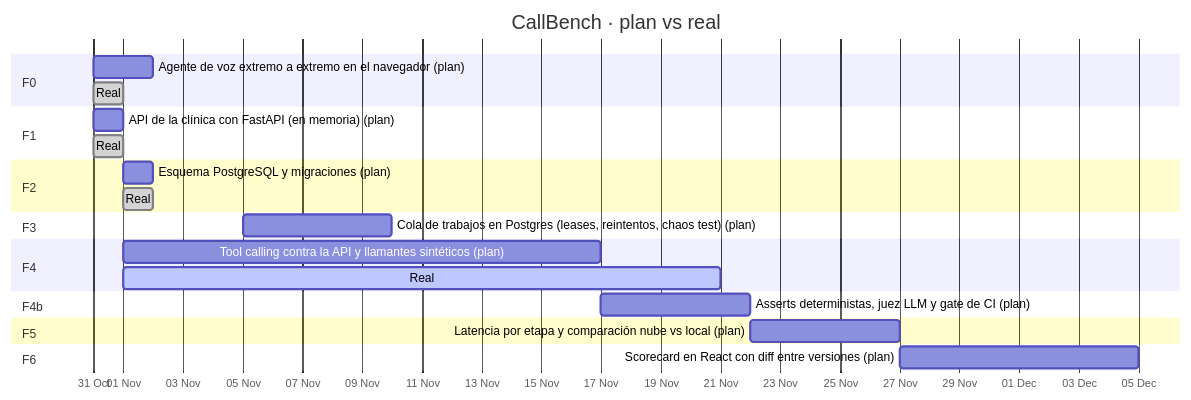
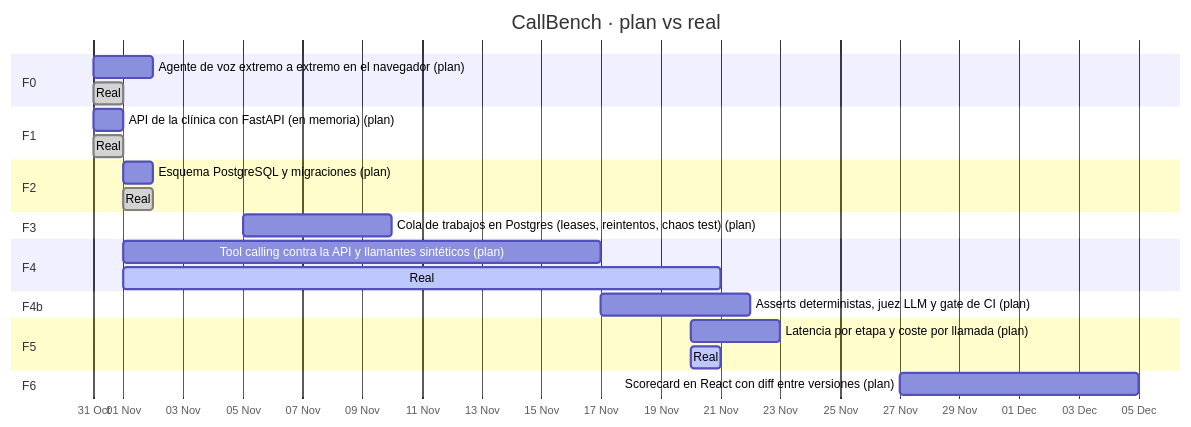
Before and after one commit to gabrielespelleta94/callbench: the diagram in docs/bitacora/GANTT.md, drawn with Mermaid. The commit also changed other lines of this file and 14 other files, not shown here.

````diff
--- a/docs/bitacora/GANTT.md
+++ b/docs/bitacora/GANTT.md
@@ -9,27 +9,28 @@
 ```mermaid
 gantt
     title CallBench · plan vs real
     dateFormat YYYY-MM-DD
     axisFormat %d %b
     todayMarker on
     section F0
     Agente de voz extremo a extremo en el navegador (plan) :F0p, 2026-10-31, 2026-11-02
     Real :done, F0r, 2026-10-31, 2026-11-01
     section F1
     API de la clínica con FastAPI (en memoria) (plan) :F1p, 2026-10-31, 2026-11-01
     Real :done, F1r, 2026-10-31, 2026-11-01
     section F2
     Esquema PostgreSQL y migraciones (plan) :F2p, 2026-11-01, 2026-11-02
     Real :done, F2r, 2026-11-01, 2026-11-02
     section F3
     Cola de trabajos en Postgres (leases, reintentos, chaos test) (plan) :F3p, 2026-11-05, 2026-11-10
     section F4
     Tool calling contra la API y llamantes sintéticos (plan) :F4p, 2026-11-01, 2026-11-17
     Real :active, F4r, 2026-11-01, 2026-11-21
     section F4b
     Asserts deterministas, juez LLM y gate de CI (plan) :F4bp, 2026-11-17, 2026-11-22
     section F5
-    Latencia por etapa y comparación nube vs local (plan) :F5p, 2026-11-22, 2026-11-27
+    Latencia por etapa y coste por llamada (plan) :F5p, 2026-11-20, 2026-11-23
+    Real :active, F5r, 2026-11-20, 2026-11-21
     section F6
     Scorecard en React con diff entre versiones (plan) :F6p, 2026-11-27, 2026-12-05
 ```
````
